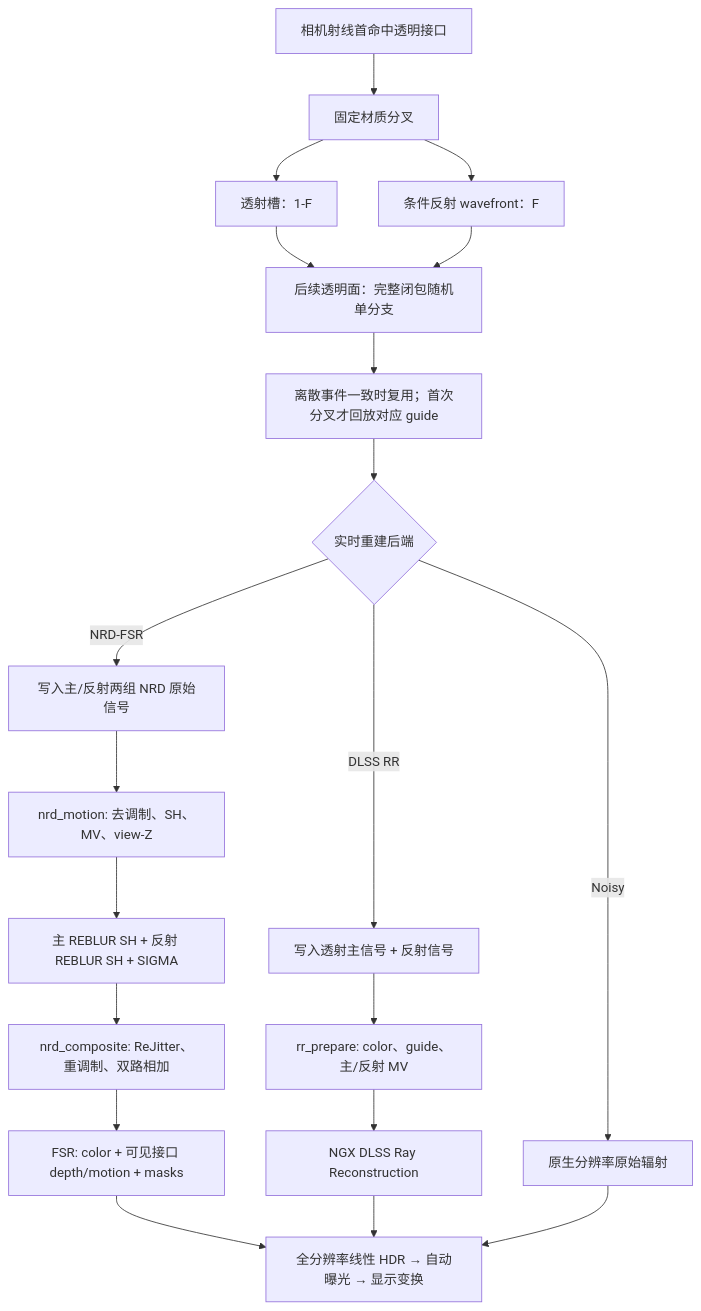
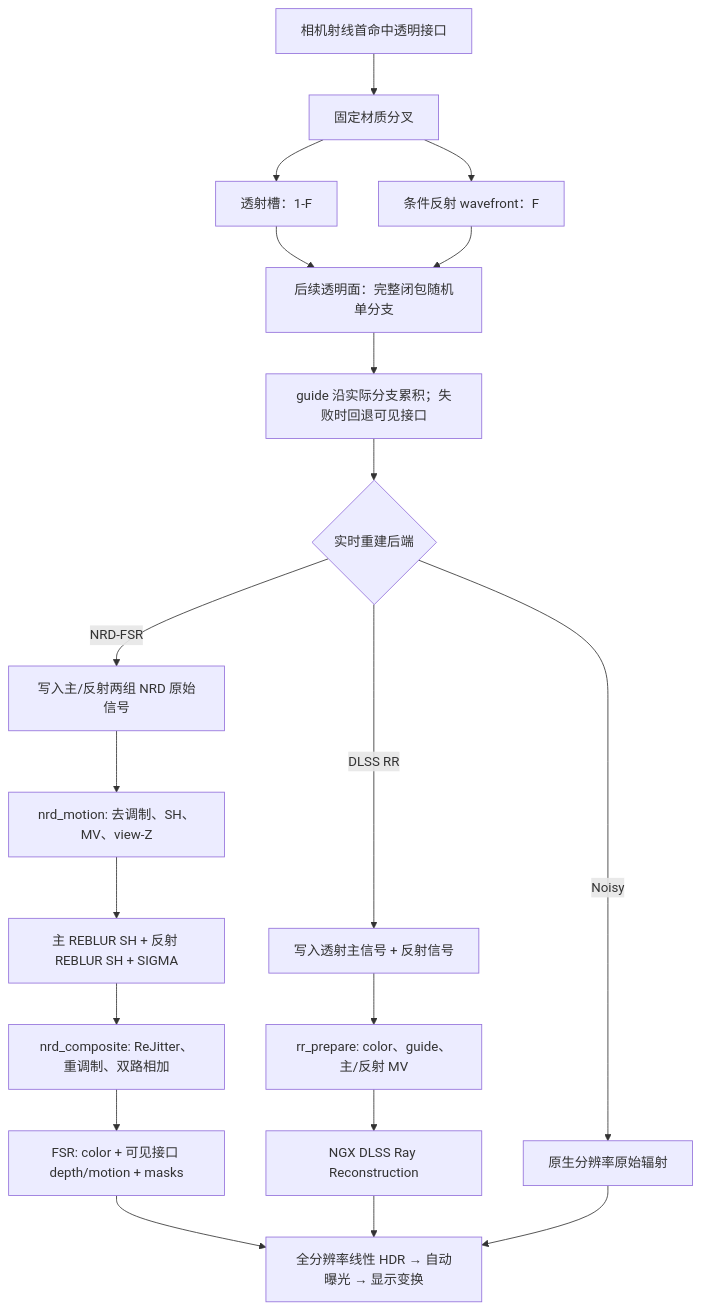
The diagram in docs/透明渲染与实时重建.md (187J3X1-114514/prime), drawn with Mermaid before and after one commit. The commit also changed other lines of this file and 52 other files, not shown here.

````diff
--- a/docs/透明渲染与实时重建.md
+++ b/docs/透明渲染与实时重建.md
@@ -104,25 +105,25 @@
 ```mermaid
 flowchart TD
     A["相机射线首命中透明接口"] --> B["固定材质分叉"]
     B --> T["透射槽：1-F"]
     B --> R["条件反射 wavefront：F"]
     T --> LF["后续透明面：完整闭包随机单分支"]
     R --> LF
-    LF --> M["离散事件一致时复用；首次分叉才回放对应 guide"]
+    LF --> M["guide 沿实际分支累积；失败时回退可见接口"]
     M --> S{"实时重建后端"}
 
     S -->|NRD-FSR| N0["写入主/反射两组 NRD 原始信号"]
     N0 --> N1["nrd_motion: 去调制、SH、MV、view-Z"]
     N1 --> N2["主 REBLUR SH + 反射 REBLUR SH + SIGMA"]
     N2 --> N3["nrd_composite: ReJitter、重调制、双路相加"]
     N3 --> F["FSR: color + 可见接口 depth/motion + masks"]
     F --> D["全分辨率线性 HDR → 自动曝光 → 显示变换"]
 
     S -->|DLSS RR| Q0["写入透射主信号 + 反射信号"]
     Q0 --> Q1["rr_prepare: color、guide、主/反射 MV"]
     Q1 --> Q2["NGX DLSS Ray Reconstruction"]
     Q2 --> D
 
     S -->|Noisy| U0["原生分辨率原始辐射"]
     U0 --> D
 ```
````
